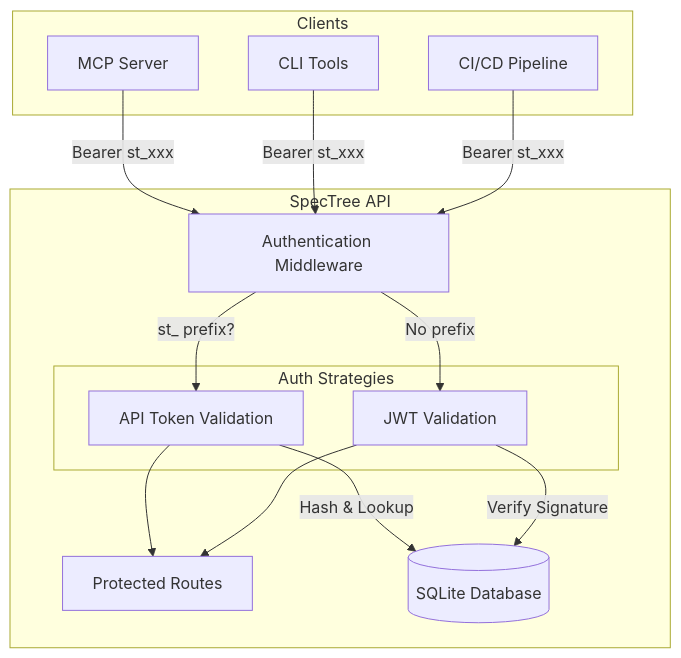
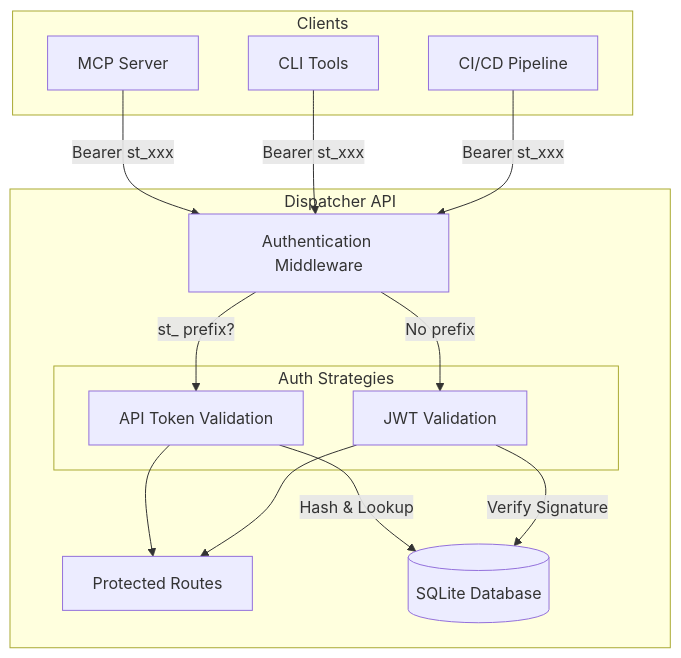
The second of 8 diagrams in docs/mcp/api-token-authentication.md (agorsky/SpecTree), drawn with Mermaid before and after one commit. The commit also changed other lines of this file and 91 other files, not shown here.

First line of the commit message:
ENG-8: Tests and documentation rebrand — SpecTree to Dispatcher

````diff
--- a/docs/mcp/api-token-authentication.md
+++ b/docs/mcp/api-token-authentication.md
@@ -74,33 +74,33 @@
 ```mermaid
 flowchart TB
     subgraph Clients
         MCP[MCP Server]
         CLI[CLI Tools]
         CI[CI/CD Pipeline]
     end
     
-    subgraph "SpecTree API"
+    subgraph "Dispatcher API"
         AUTH[Authentication Middleware]
         
         subgraph "Auth Strategies"
             JWT[JWT Validation]
             API_TOKEN[API Token Validation]
         end
         
         ROUTES[Protected Routes]
         DB[(SQLite Database)]
     end
     
     MCP -->|"Bearer st_xxx"| AUTH
     CLI -->|"Bearer st_xxx"| AUTH
     CI -->|"Bearer st_xxx"| AUTH
     
     AUTH -->|"st_ prefix?"| API_TOKEN
     AUTH -->|"No prefix"| JWT
     
     API_TOKEN -->|Hash & Lookup| DB
     JWT -->|Verify Signature| DB
     
     API_TOKEN --> ROUTES
     JWT --> ROUTES
 ```
````
